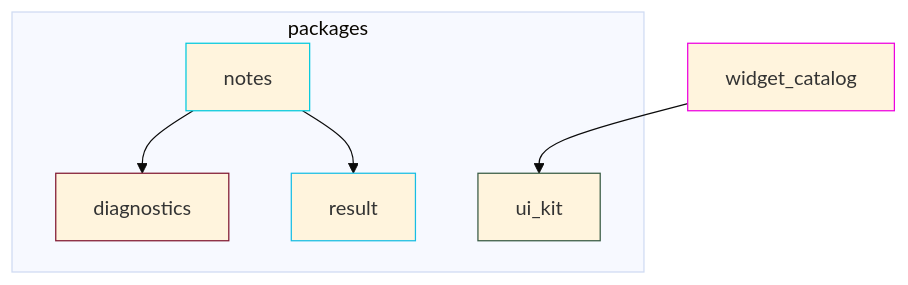
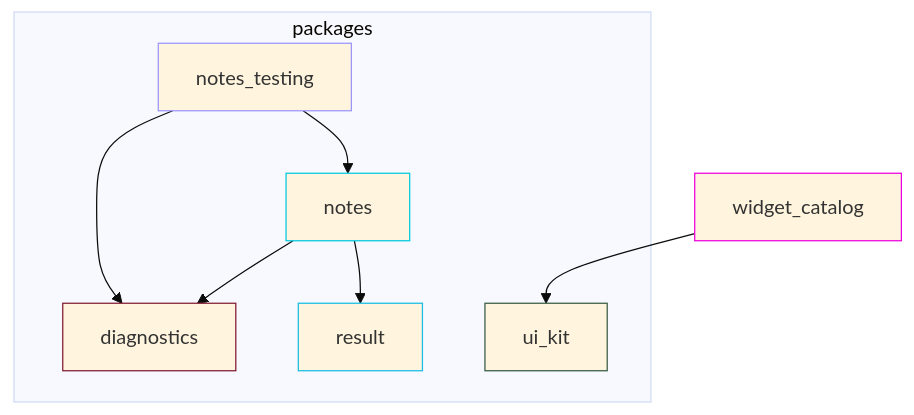
One commit to ethicnology/flutter-template changed the diagram in docs/module-graph.md. Above: the diagram before and after it, drawn with Mermaid (base theme). The commit also changed 5 other files, not shown here.

````diff
--- a/docs/module-graph.md
+++ b/docs/module-graph.md
@@ -5,22 +5,27 @@
 ```mermaid
 graph TD
   diagnostics["diagnostics"]
   style diagnostics stroke:#811832
   notes["notes"]
   style notes stroke:#03c9dd
+  notes_testing["notes_testing"]
+  style notes_testing stroke:#9b95fb
   result["result"]
   style result stroke:#17bde3
   ui_kit["ui_kit"]
   style ui_kit stroke:#375a43
   widget_catalog["widget_catalog"]
   style widget_catalog stroke:#ed01df
   notes --> diagnostics
   notes --> result
+  notes_testing --> diagnostics
+  notes_testing --> notes
   widget_catalog --> ui_kit
   subgraph packages0 ["packages"]
     diagnostics
     notes
+    notes_testing
     result
     ui_kit
   end
 ```
````
